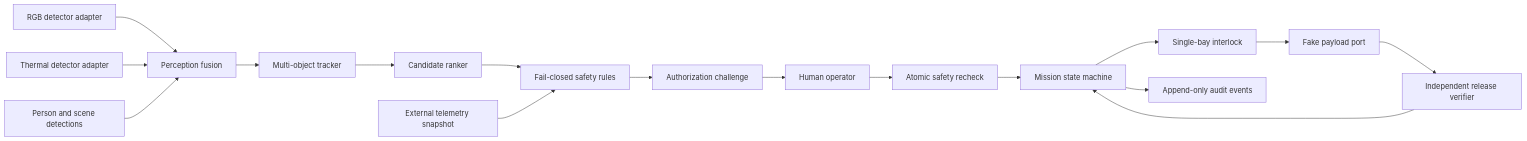
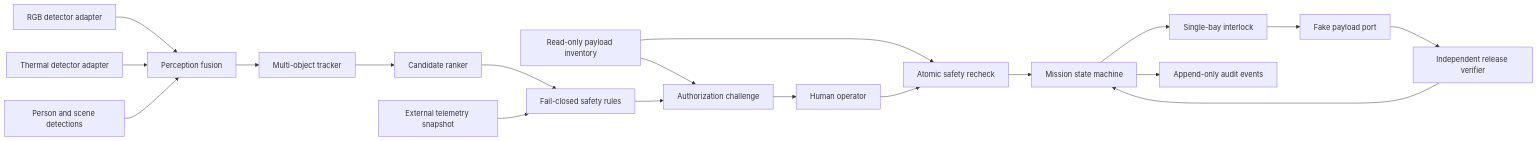
The diagram in docs/architecture.md (TypeThe0ry/Multi-Detect), drawn with Mermaid before and after one commit. The commit also changed other lines of this file and 79 other files, not shown here.

````diff
--- a/docs/architecture.md
+++ b/docs/architecture.md
@@ -6,19 +15,21 @@
 ```mermaid
 flowchart LR
     RGB[RGB detector adapter] --> Fusion[Perception fusion]
     Thermal[Thermal detector adapter] --> Fusion
     SafetyObjects[Person and scene detections] --> Fusion
     Fusion --> Tracker[Multi-object tracker]
     Tracker --> Ranker[Candidate ranker]
     Ranker --> Rules[Fail-closed safety rules]
     Telemetry[External telemetry snapshot] --> Rules
+    Inventory[Read-only payload inventory] --> Challenge
+    Inventory --> Recheck
     Rules --> Challenge[Authorization challenge]
     Challenge --> Operator[Human operator]
     Operator --> Recheck[Atomic safety recheck]
     Recheck --> Mission[Mission state machine]
     Mission --> Interlock[Single-bay interlock]
     Interlock --> FakePort[Fake payload port]
     FakePort --> Verifier[Independent release verifier]
     Verifier --> Mission
     Mission --> Audit[Append-only audit events]
 ```
````
